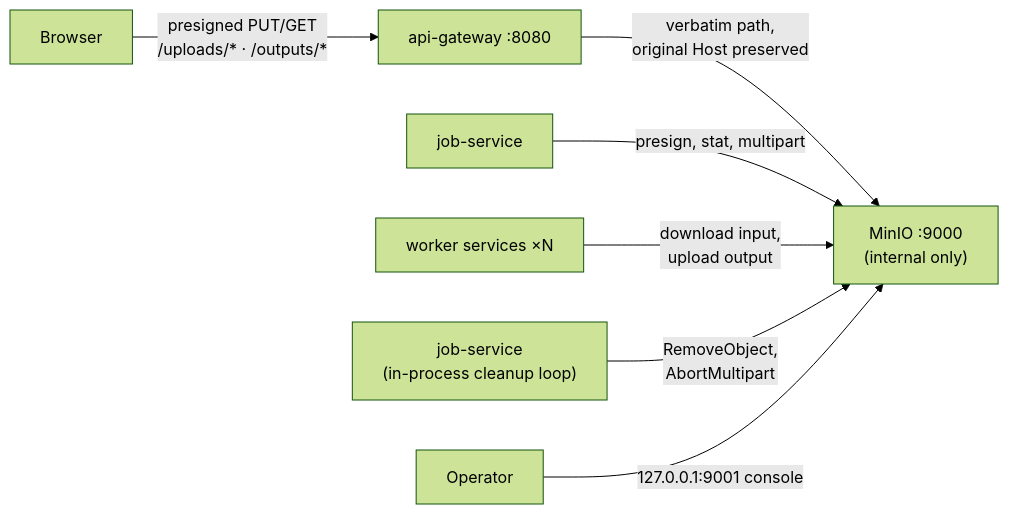
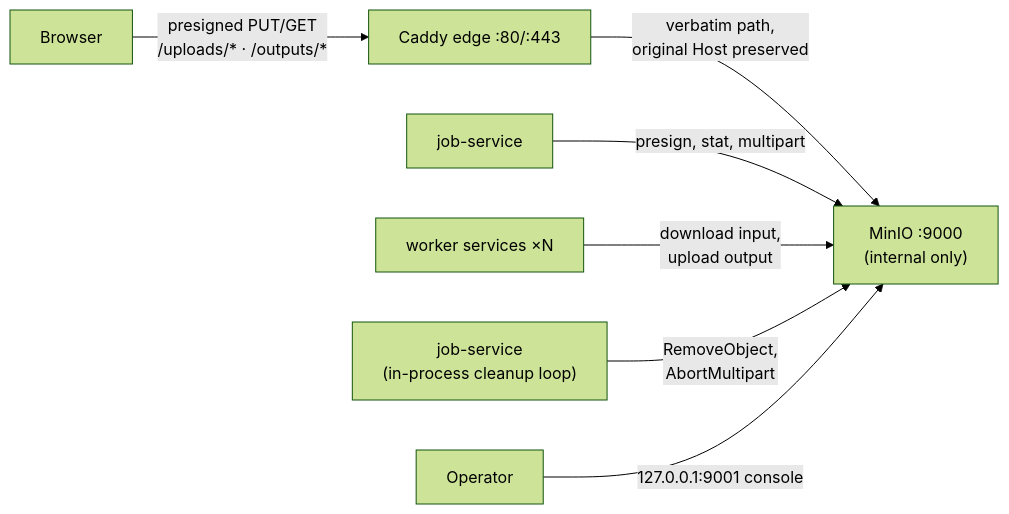
Before and after one commit to Prachidubey2003/fyredocs_backend: the diagram in docs/developer/architecture/object-storage.md, drawn with Mermaid (forest theme). The commit also changed other lines of this file and 41 other files, not shown here.

````diff
--- a/docs/developer/architecture/object-storage.md
+++ b/docs/developer/architecture/object-storage.md
@@ -11,11 +11,11 @@
 ```mermaid
 graph LR
-    Browser -->|"presigned PUT/GET<br/>/uploads/* · /outputs/*"| GW["api-gateway :8080"]
-    GW -->|"verbatim path,<br/>original Host preserved"| MINIO["MinIO :9000<br/>(internal only)"]
+    Browser -->|"presigned PUT/GET<br/>/uploads/* · /outputs/*"| CADDY["Caddy edge :80/:443"]
+    CADDY -->|"verbatim path,<br/>original Host preserved"| MINIO["MinIO :9000<br/>(internal only)"]
 
     JOB["job-service"] -->|presign, stat, multipart| MINIO
     W["worker services ×N"] -->|"download input,<br/>upload output"| MINIO
     JSCL["job-service<br/>(in-process cleanup loop)"] -->|"RemoveObject,<br/>AbortMultipart"| MINIO
 
     OP["Operator"] -->|127.0.0.1:9001 console| MINIO
 ```
````
